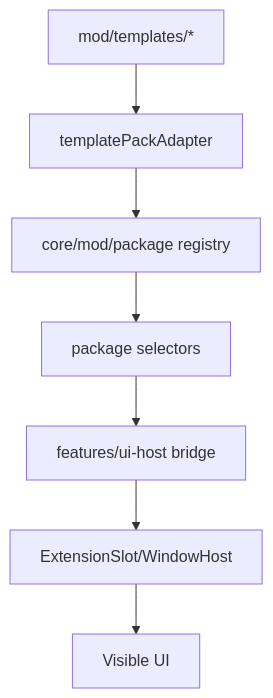
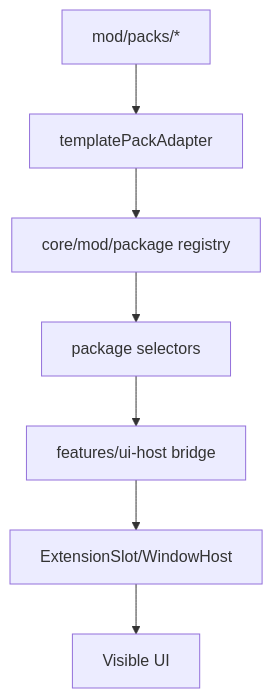
One commit to sykaboom/SY-Math-Slate changed the third of 5 diagrams in v10/docs/architecture/ModularizationDependencyFlow.md. Above: the diagram before and after it, drawn with Mermaid. The commit also changed other lines of this file and 273 other files, not shown here.

````diff
--- a/v10/docs/architecture/ModularizationDependencyFlow.md
+++ b/v10/docs/architecture/ModularizationDependencyFlow.md
@@ -89,9 +89,9 @@
 ```mermaid
 flowchart TD
-    T[mod/templates/*] --> A[templatePackAdapter]
+    T[mod/packs/*] --> A[templatePackAdapter]
     A --> PR[core/mod/package registry]
     PR --> Sel[package selectors]
     Sel --> UH[features/ui-host bridge]
     UH --> Slot[ExtensionSlot/WindowHost]
     Slot --> UI[Visible UI]
 ```
````
